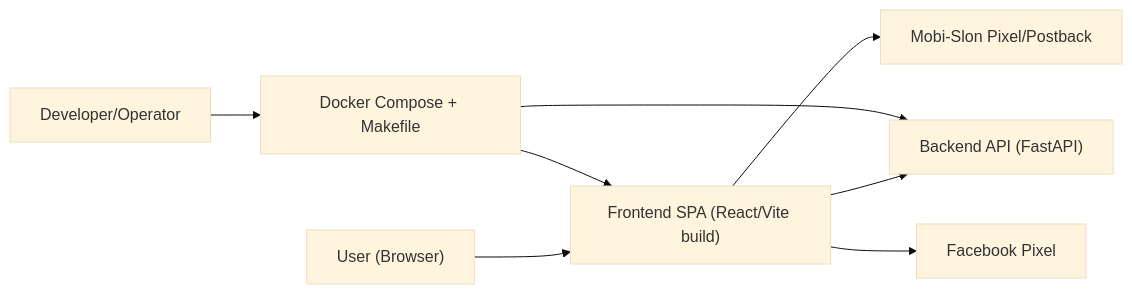
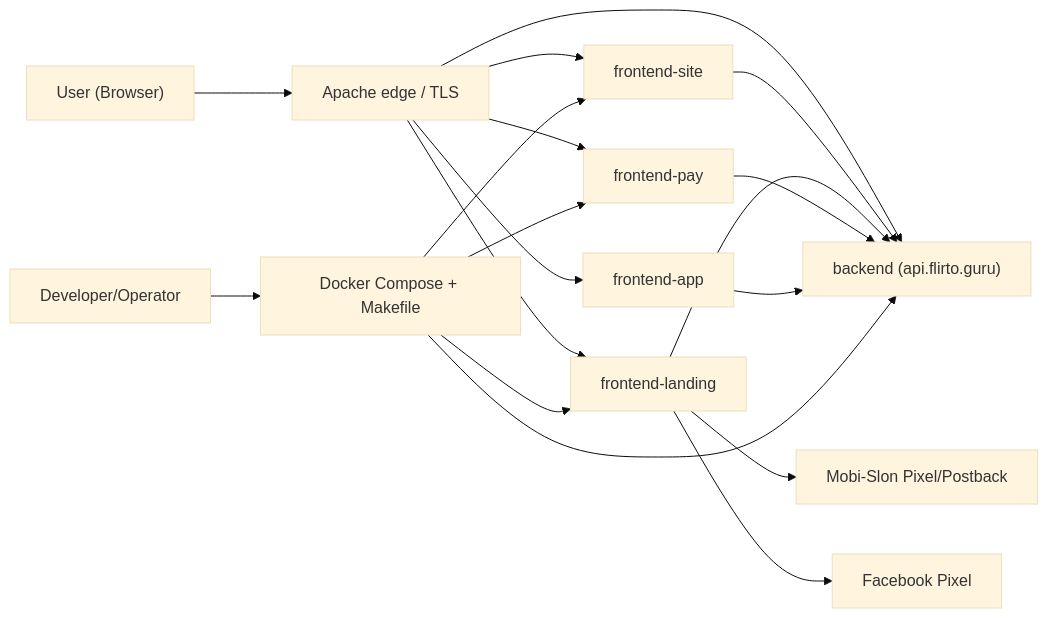
One commit to Bukrinskiy/dating-quiz-mvp changed the first of 2 diagrams in docs/02-architecture.md. Above: the diagram before and after it, drawn with Mermaid (base theme). The commit also changed other lines of this file and 943 other files, not shown here.

````diff
--- a/docs/02-architecture.md
+++ b/docs/02-architecture.md
@@ -4,10 +4,20 @@
 ```mermaid
 flowchart LR
-  user["User (Browser)"] --> fe["Frontend SPA (React/Vite build)"]
-  fe --> be["Backend API (FastAPI)"]
-  fe --> mobi["Mobi-Slon Pixel/Postback"]
-  fe --> meta["Facebook Pixel"]
+  user["User (Browser)"] --> edge["Apache edge / TLS"]
+  edge --> site["frontend-site"]
+  edge --> landing["frontend-landing"]
+  edge --> pay["frontend-pay"]
+  edge --> app["frontend-app"]
+  edge --> be["backend (api.flirto.guru)"]
+  site --> be
+  landing --> be
+  pay --> be
+  app --> be
+  landing --> mobi["Mobi-Slon Pixel/Postback"]
+  landing --> meta["Facebook Pixel"]
   ops["Developer/Operator"] --> compose["Docker Compose + Makefile"]
-  compose --> fe
+  compose --> site
+  compose --> landing
+  compose --> pay
   compose --> be
 ```
````
